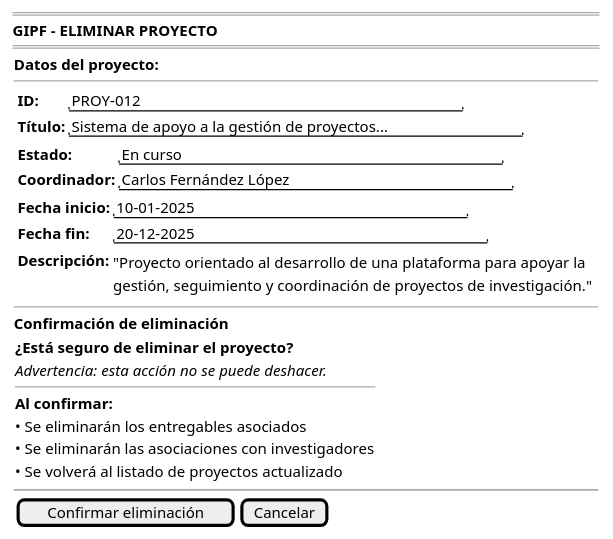
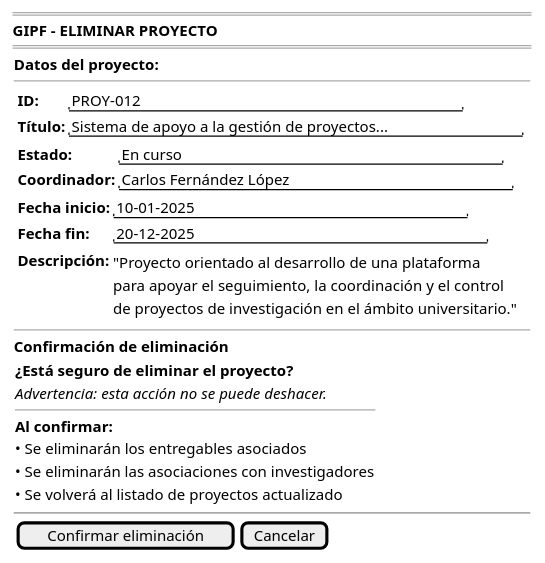
The diagram in documents/casosDeUso/detalle/coordinador/02-gestion-proyectos/eliminarProyecto/prototipo/prototipo.puml (31Diego/25-26-IdSw1-SdR), drawn with PlantUML before and after one commit. The commit also changed 38 other files, not shown here.

```diff
--- a/documents/casosDeUso/detalle/coordinador/02-gestion-proyectos/eliminarProyecto/prototipo/prototipo.puml
+++ b/documents/casosDeUso/detalle/coordinador/02-gestion-proyectos/eliminarProyecto/prototipo/prototipo.puml
@@ -1,45 +1,46 @@
 @startsalt eliminarProyecto-wireframe
 {
     ====
     <b>GIPF - ELIMINAR PROYECTO</b>
     ====
     {
         <b>Datos del proyecto:</b>
         --
         {
             {
             {<b>ID:</b> | "PROY-012                               "
             <b>Título:</b> | "Sistema de apoyo a la gestión de proyectos..."}
 
             {<b>Estado:</b> | "En curso                              "
             <b>Coordinador:</b> | "Carlos Fernández López                 "}
 
             {<b>Fecha inicio:</b> | "10-01-2025                         "
             <b>Fecha fin:</b> | "20-12-2025                           "}
 
             {<b>Descripción:</b> |
-                {"Proyecto orientado al desarrollo de una plataforma para apoyar la
-                gestión, seguimiento y coordinación de proyectos de investigación."}}
+                {"Proyecto orientado al desarrollo de una plataforma
+                para apoyar el seguimiento, la coordinación y el control
+                de proyectos de investigación en el ámbito universitario."}}
             }
         }
 
         --
 
         <b>Confirmación de eliminación</b>
         {
             <b>¿Está seguro de eliminar el proyecto?</b>
             <i>Advertencia: esta acción no se puede deshacer.</i>
 
             --
             <b>Al confirmar:</b>
             • Se eliminarán los entregables asociados
             • Se eliminarán las asociaciones con investigadores
             • Se volverá al listado de proyectos actualizado
         }
 
         ~~
 
         {[Confirmar eliminación] | [Cancelar]}
     }
 }
 @endsalt
```
